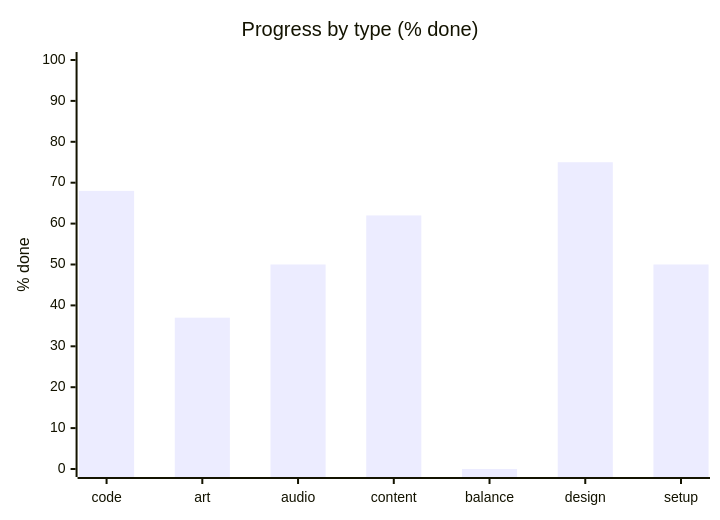
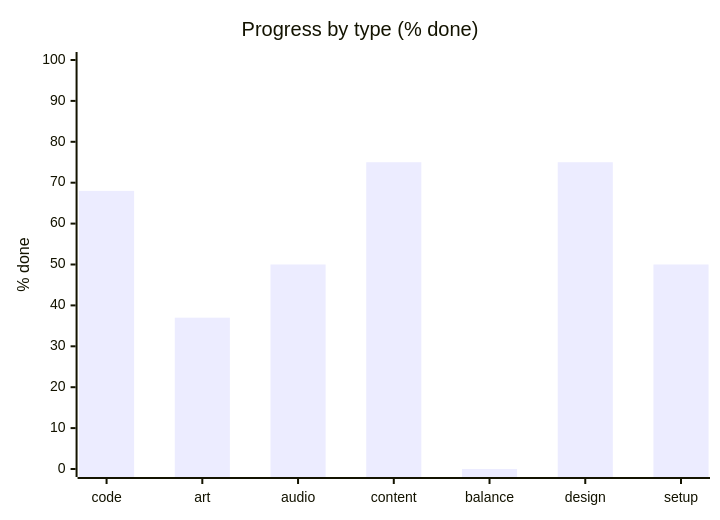
One commit to artemiiShabanov/RallyRivals changed the second of 3 diagrams in STATUS.md. Above: the diagram before and after it, drawn with Mermaid. The commit also changed other lines of this file and 3 other files, not shown here.

````diff
--- a/STATUS.md
+++ b/STATUS.md
@@ -17,7 +17,7 @@
 ```mermaid
 xychart-beta
     title "Progress by type (% done)"
     x-axis ["code", "art", "audio", "content", "balance", "design", "setup"]
     y-axis "% done" 0 --> 100
-    bar [68, 37, 50, 62, 0, 75, 50]
+    bar [68, 37, 50, 75, 0, 75, 50]
 ```
````
